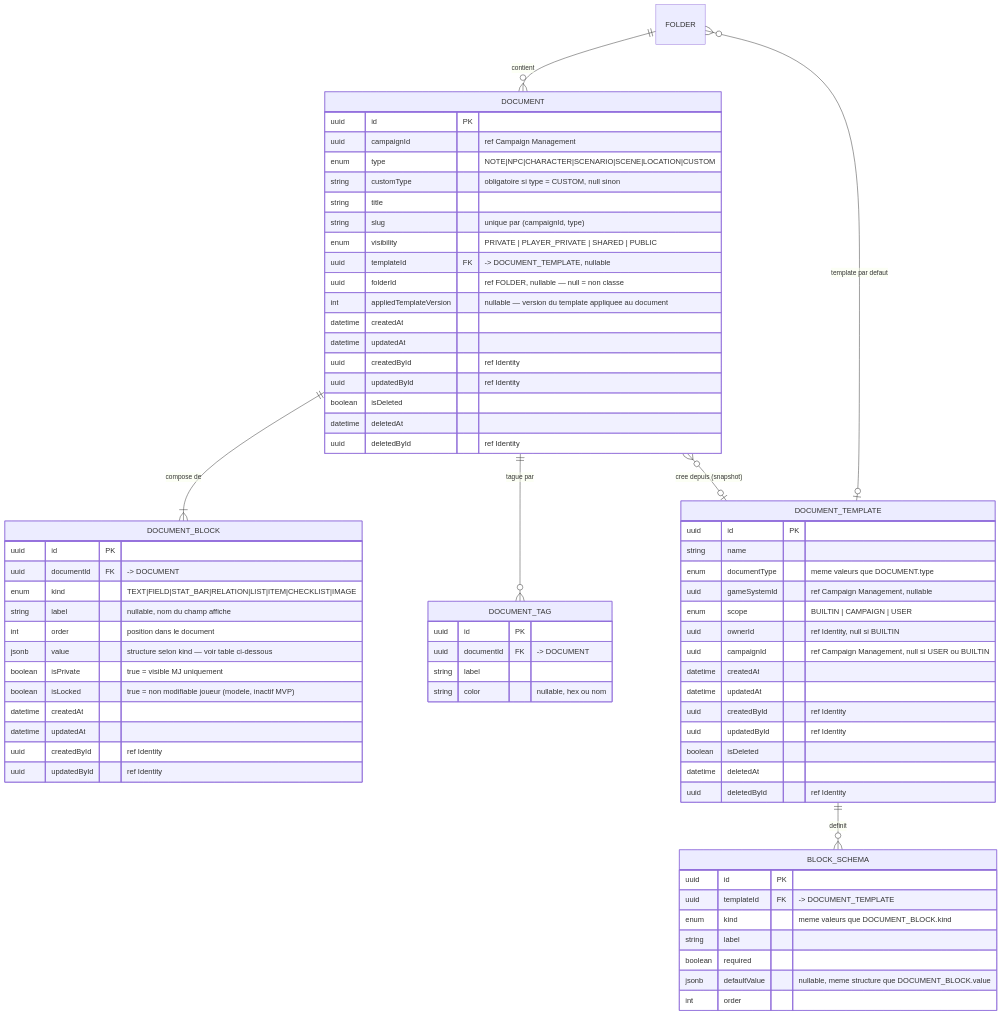
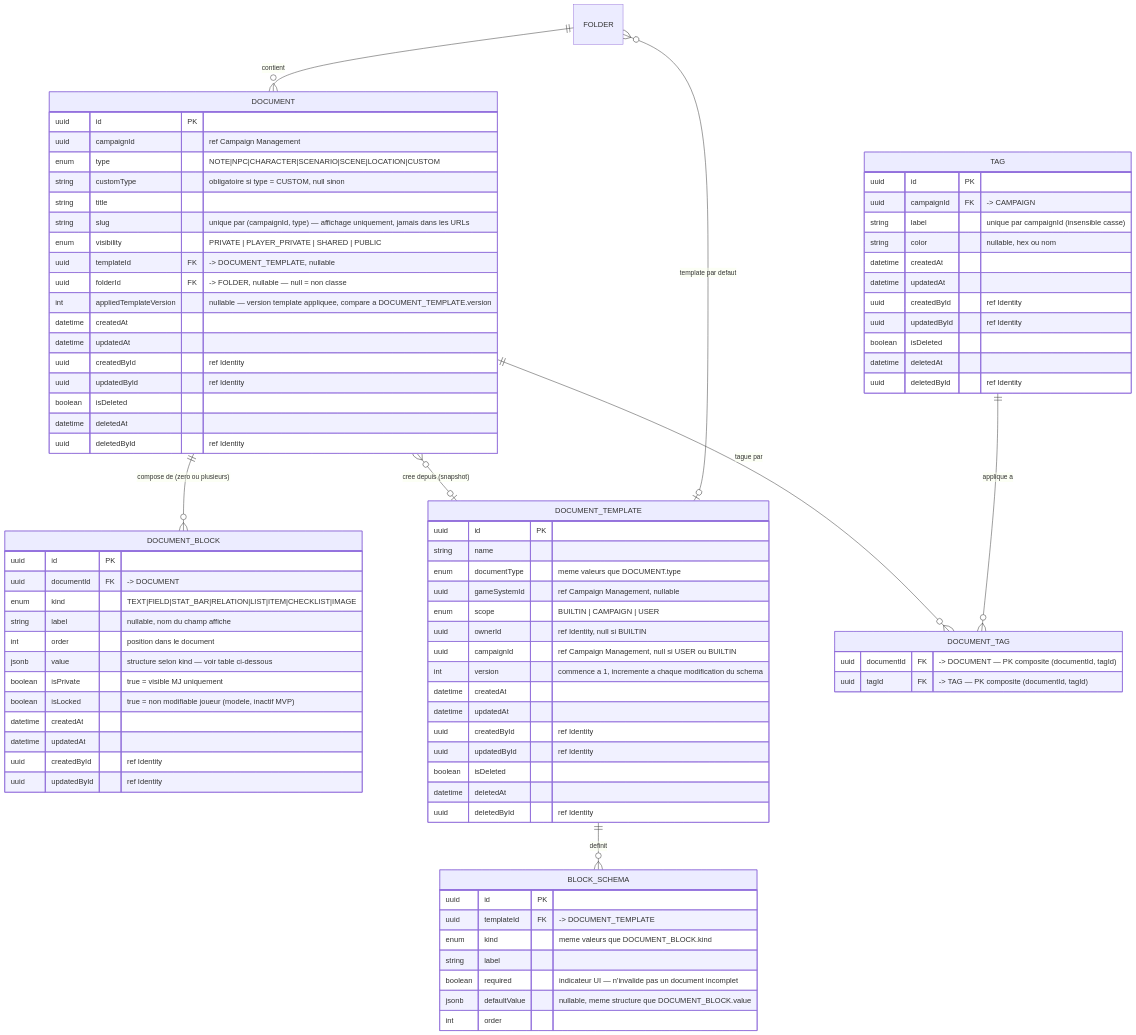
Before and after one commit to 2025-10-CDA-ECO-P6/PM-micro-saas: the fourth of 7 diagrams in docs/conception/MCD.md, drawn with Mermaid. The commit also changed other lines of this file and 8 other files, not shown here.

Commit message:
docs: complete architectural audit corrections and add missing documentation

```diff
--- a/docs/conception/MCD.md
+++ b/docs/conception/MCD.md
@@ -224,11 +235,11 @@
         enum type "NOTE|NPC|CHARACTER|SCENARIO|SCENE|LOCATION|CUSTOM"
         string customType "obligatoire si type = CUSTOM, null sinon"
         string title
-        string slug "unique par (campaignId, type)"
+        string slug "unique par (campaignId, type) — affichage uniquement, jamais dans les URLs"
         enum visibility "PRIVATE | PLAYER_PRIVATE | SHARED | PUBLIC"
         uuid templateId FK "-> DOCUMENT_TEMPLATE, nullable"
-        uuid folderId "ref FOLDER, nullable — null = non classe"
-        int appliedTemplateVersion "nullable — version du template appliquee au document"
+        uuid folderId FK "-> FOLDER, nullable — null = non classe"
+        int appliedTemplateVersion "nullable — version template appliquee, compare a DOCUMENT_TEMPLATE.version"
         datetime createdAt
         datetime updatedAt
         uuid createdById "ref Identity"
@@ -251,12 +262,6 @@
         uuid createdById "ref Identity"
         uuid updatedById "ref Identity"
     }
-    DOCUMENT_TAG {
-        uuid id PK
-        uuid documentId FK "-> DOCUMENT"
-        string label
-        string color "nullable, hex ou nom"
-    }
     DOCUMENT_TEMPLATE {
         uuid id PK
         string name
@@ -265,6 +270,7 @@
         enum scope "BUILTIN | CAMPAIGN | USER"
         uuid ownerId "ref Identity, null si BUILTIN"
         uuid campaignId "ref Campaign Management, null si USER ou BUILTIN"
+        int version "commence a 1, incremente a chaque modification du schema"
         datetime createdAt
         datetime updatedAt
         uuid createdById "ref Identity"
@@ -278,12 +284,30 @@
         uuid templateId FK "-> DOCUMENT_TEMPLATE"
         enum kind "meme valeurs que DOCUMENT_BLOCK.kind"
         string label
-        boolean required
+        boolean required "indicateur UI — n'invalide pas un document incomplet"
         jsonb defaultValue "nullable, meme structure que DOCUMENT_BLOCK.value"
         int order
     }
-    DOCUMENT ||--|{ DOCUMENT_BLOCK : "compose de"
+    TAG {
+        uuid id PK
+        uuid campaignId FK "-> CAMPAIGN"
+        string label "unique par campaignId (insensible casse)"
+        string color "nullable, hex ou nom"
+        datetime createdAt
+        datetime updatedAt
+        uuid createdById "ref Identity"
+        uuid updatedById "ref Identity"
+        boolean isDeleted
+        datetime deletedAt
+        uuid deletedById "ref Identity"
+    }
+    DOCUMENT_TAG {
+        uuid documentId FK "-> DOCUMENT — PK composite (documentId, tagId)"
+        uuid tagId FK "-> TAG — PK composite (documentId, tagId)"
+    }
+    DOCUMENT ||--o{ DOCUMENT_BLOCK : "compose de (zero ou plusieurs)"
     DOCUMENT ||--o{ DOCUMENT_TAG : "tague par"
+    TAG ||--o{ DOCUMENT_TAG : "applique a"
     DOCUMENT }o--o| DOCUMENT_TEMPLATE : "cree depuis (snapshot)"
     DOCUMENT_TEMPLATE ||--o{ BLOCK_SCHEMA : "definit"
     FOLDER ||--o{ DOCUMENT : "contient"
```
